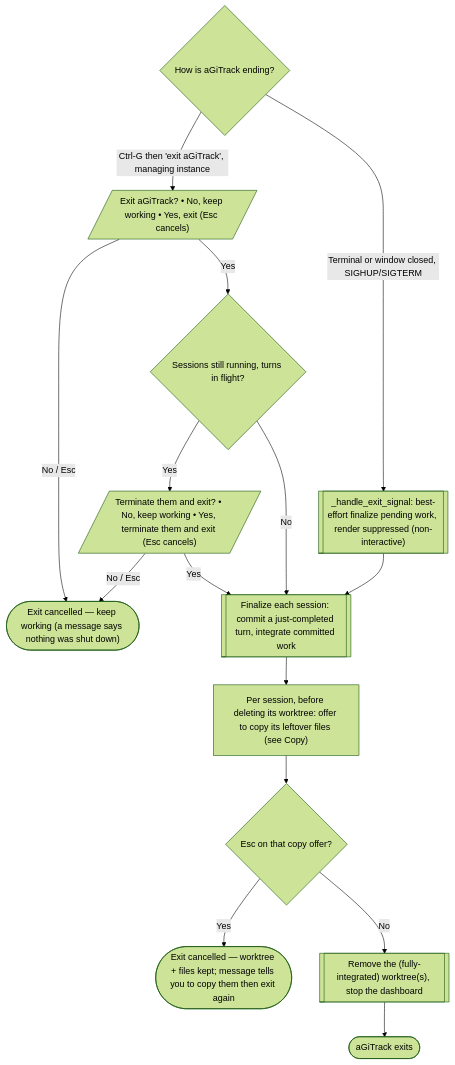
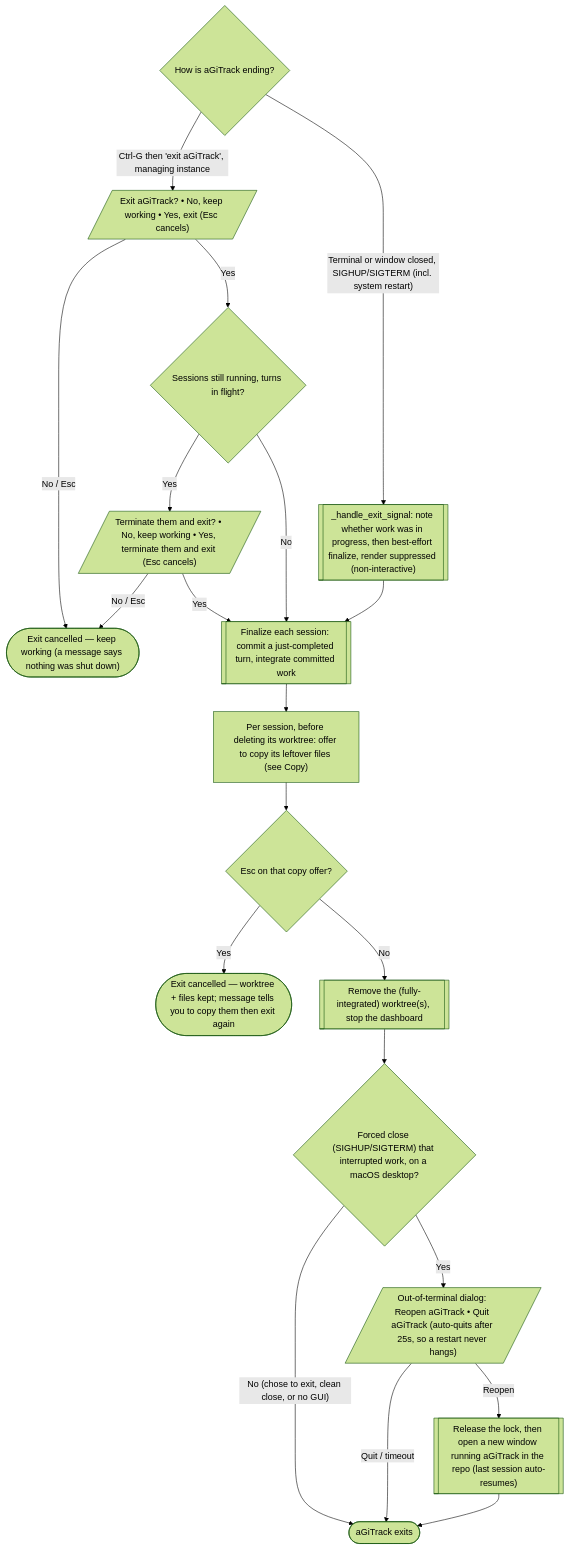
Diagram 11 of 15 in docs/user-flow.md (core-aix/agitrack), drawn with Mermaid (forest theme) before and after one commit. The commit also changed 4 other files, not shown here.

````diff
--- a/docs/user-flow.md
+++ b/docs/user-flow.md
@@ -427,21 +427,26 @@
 ```mermaid
 flowchart TD
   how{"How is aGiTrack ending?"}
   how -->|"Ctrl-G then 'exit aGiTrack', managing instance"| conf[/"Exit aGiTrack? • No, keep working • Yes, exit (Esc cancels)"/]
   conf -->|No / Esc| stay(["Exit cancelled — keep working (a message says nothing was shut down)"])
   conf -->|Yes| busy{"Sessions still running, turns in flight?"}
   busy -->|Yes| term[/"Terminate them and exit? • No, keep working • Yes, terminate them and exit (Esc cancels)"/]
   busy -->|No| fin
   term -->|No / Esc| stay
   term -->|Yes| fin
 
-  how -->|Terminal or window closed, SIGHUP/SIGTERM| sig[["_handle_exit_signal: best-effort finalize pending work, render suppressed (non-interactive)"]]
+  how -->|"Terminal or window closed, SIGHUP/SIGTERM (incl. system restart)"| sig[["_handle_exit_signal: note whether work was in progress, then best-effort finalize, render suppressed (non-interactive)"]]
 
   fin[["Finalize each session: commit a just-completed turn, integrate committed work"]]
   fin --> copy2["Per session, before deleting its worktree: offer to copy its leftover files (see Copy)"]
   copy2 --> esc{"Esc on that copy offer?"}
   esc -->|Yes| abort(["Exit cancelled — worktree + files kept; message tells you to copy them then exit again"])
   esc -->|No| rm[["Remove the (fully-integrated) worktree(s), stop the dashboard"]]
   sig --> fin
-  rm --> bye(["aGiTrack exits"])
+  rm --> pend{"Forced close (SIGHUP/SIGTERM) that interrupted work, on a macOS desktop?"}
+  pend -->|"No (chose to exit, clean close, or no GUI)"| bye(["aGiTrack exits"])
+  pend -->|Yes| ask[/"Out-of-terminal dialog: Reopen aGiTrack • Quit aGiTrack (auto-quits after 25s, so a restart never hangs)"/]
+  ask -->|Quit / timeout| bye
+  ask -->|Reopen| again[["Release the lock, then open a new window running aGiTrack in the repo (last session auto-resumes)"]]
+  again --> bye
 ```
````
